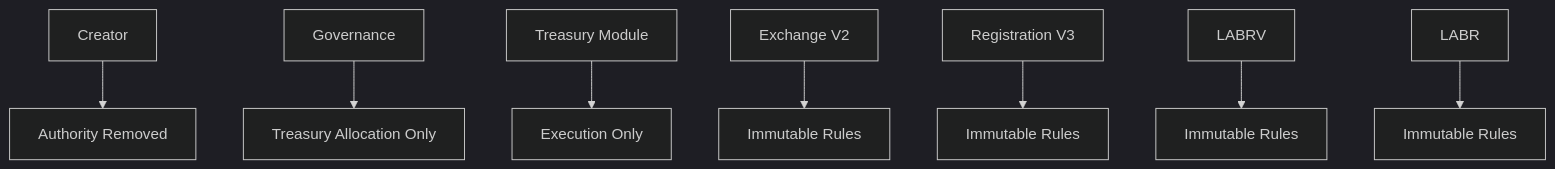
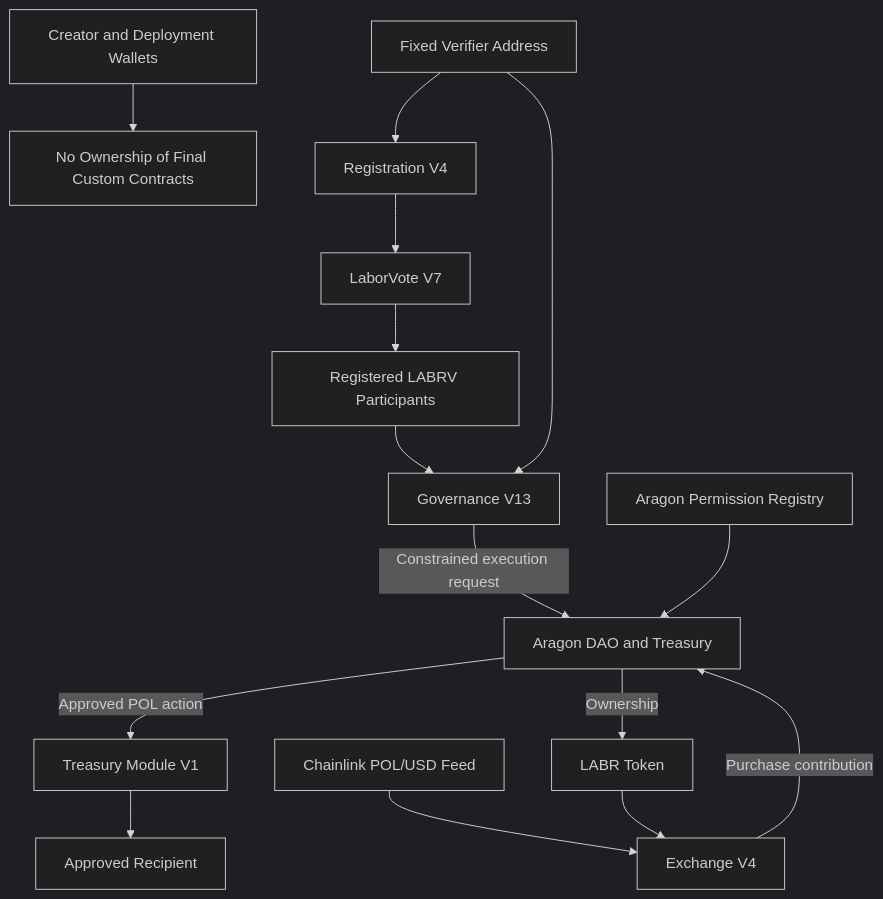
The diagram in docs/decentralization.md (LaborCoinCreator/LaborCoin), drawn with Mermaid (dark theme) before and after one commit. The commit also changed other lines of this file, not shown here.

````diff
--- a/docs/decentralization.md
+++ b/docs/decentralization.md
@@ -3,24 +100,38 @@
 ```mermaid
-graph TD
+flowchart TD
+    Creator[Creator and Deployment Wallets]
+    Removed[No Ownership of Final Custom Contracts]
 
-Creator[Creator]
---> Removed[Authority Removed]
+    Participants[Registered LABRV Participants]
+    Governance[Governance V13]
+    Verifier[Fixed Verifier Address]
+    Registration[Registration V4]
+    LABRV[LaborVote V7]
+    DAO[Aragon DAO and Treasury]
+    Permissions[Aragon Permission Registry]
+    Module[Treasury Module V1]
+    Recipient[Approved Recipient]
+    LABR[LABR Token]
+    Exchange[Exchange V4]
+    Oracle[Chainlink POL/USD Feed]
 
-Governance[Governance]
---> Treasury[Treasury Allocation Only]
+    Creator --> Removed
 
-TreasuryModule[Treasury Module]
---> Execution[Execution Only]
+    Verifier --> Registration
+    Registration --> LABRV
 
-Exchange[Exchange V2]
---> Immutable1[Immutable Rules]
+    LABRV --> Participants
+    Participants --> Governance
+    Verifier --> Governance
 
-Registration[Registration V3]
---> Immutable2[Immutable Rules]
+    Governance -->|Constrained execution request| DAO
+    Permissions --> DAO
+    DAO -->|Approved POL action| Module
+    Module --> Recipient
 
-LABRV[LABRV]
---> Immutable3[Immutable Rules]
+    DAO -->|Ownership| LABR
 
-LABR[LABR]
---> Immutable4[Immutable Rules]
+    Oracle --> Exchange
+    LABR --> Exchange
+    Exchange -->|Purchase contribution| DAO
 ```
````
